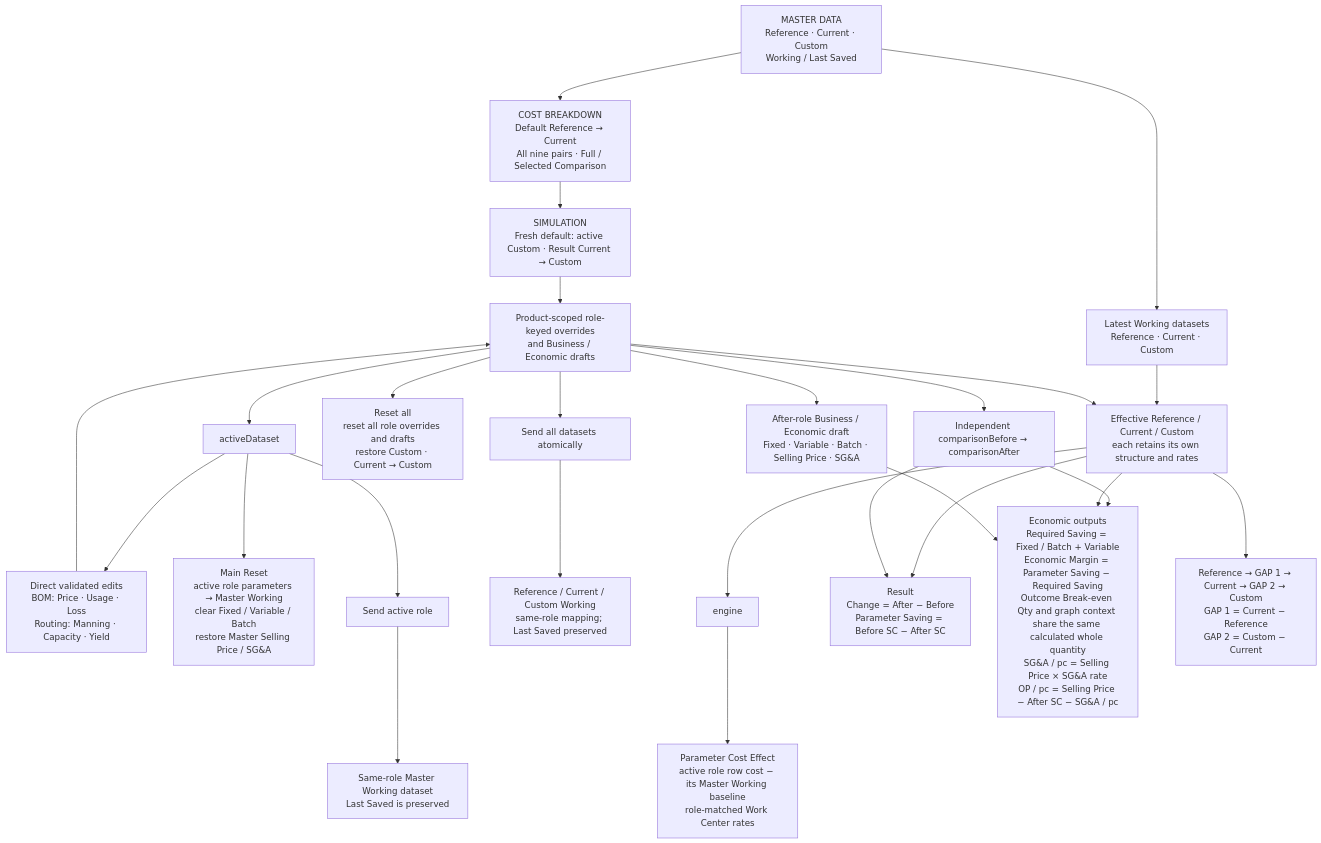
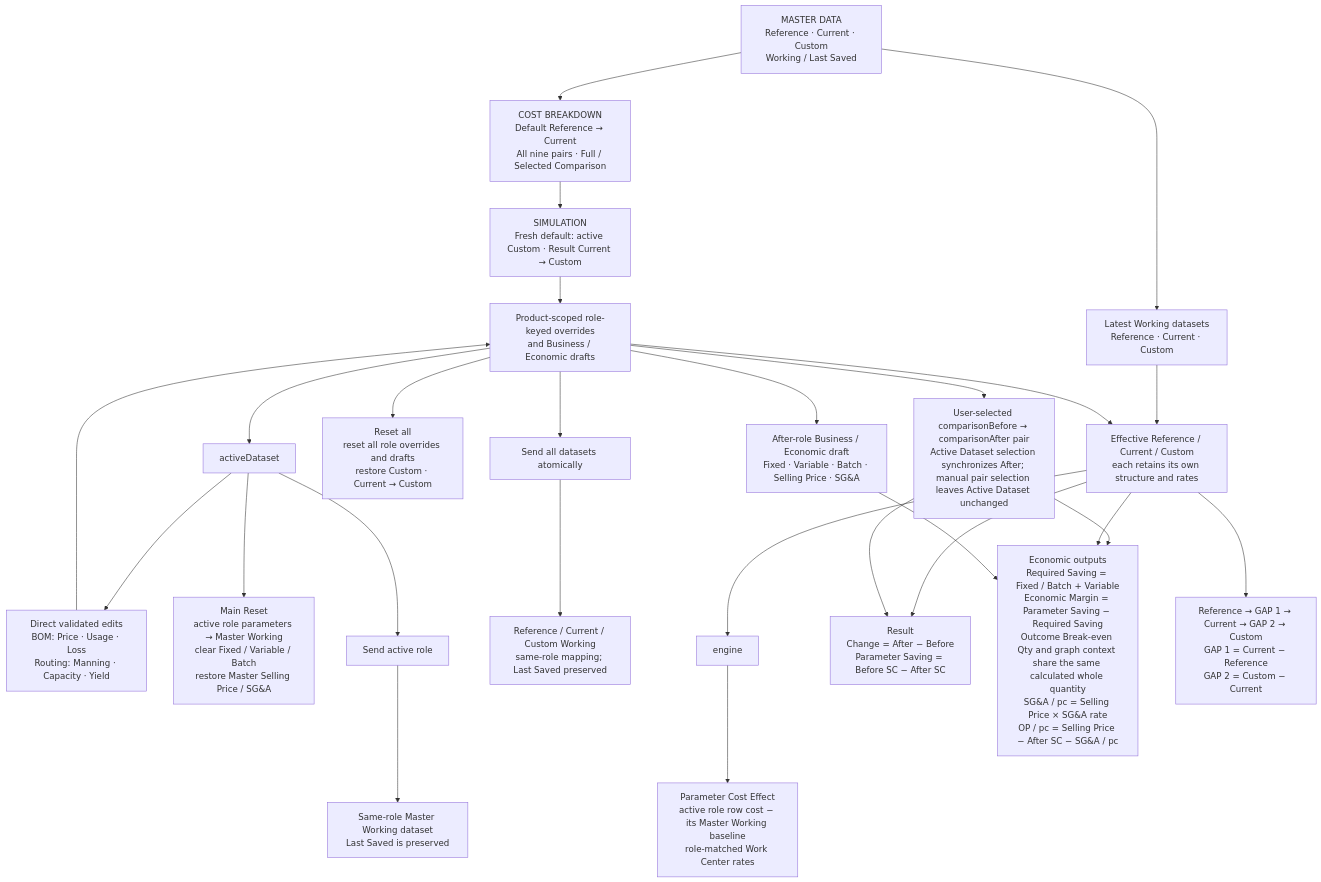
The diagram in docs/SYSTEM_LOGIC_DIAGRAM.md (apirak-k/COSTBREAKDOWN), drawn with Mermaid before and after one commit. The commit also changed other lines of this file and 12 other files, not shown here.

Commit message:
fix(ui): sync simulation result after with active dataset

````diff
--- a/docs/SYSTEM_LOGIC_DIAGRAM.md
+++ b/docs/SYSTEM_LOGIC_DIAGRAM.md
@@ -37,33 +37,33 @@
 ```mermaid
 flowchart TD
     master["MASTER DATA<br/>Reference · Current · Custom<br/>Working / Last Saved"] --> cbd["COST BREAKDOWN<br/>Default Reference → Current<br/>All nine pairs · Full / Selected Comparison"]
     cbd --> sim["SIMULATION<br/>Fresh default: active Custom · Result Current → Custom"]
 
     master --> working["Latest Working datasets<br/>Reference · Current · Custom"]
     sim --> workspace["Product-scoped role-keyed overrides<br/>and Business / Economic drafts"]
     working --> effective["Effective Reference / Current / Custom<br/>each retains its own structure and rates"]
     workspace --> effective
 
     workspace --> active["activeDataset"]
     active --> edits["Direct validated edits<br/>BOM: Price · Usage · Loss<br/>Routing: Manning · Capacity · Yield"]
     edits --> workspace
     active --> reset["Main Reset<br/>active role parameters → Master Working<br/>clear Fixed / Variable / Batch<br/>restore Master Selling Price / SG&A"]
     active --> send["Send active role"]
     send --> sameRole["Same-role Master Working dataset<br/>Last Saved is preserved"]
     workspace --> resetAll["Reset all<br/>reset all role overrides and drafts<br/>restore Custom · Current → Custom"]
     workspace --> sendAll["Send all datasets atomically"]
     sendAll --> allRoles["Reference / Current / Custom Working<br/>same-role mapping; Last Saved preserved"]
 
     effective --> engine
     engine --> effects["Parameter Cost Effect<br/>active role row cost − its Master Working baseline<br/>role-matched Work Center rates"]
 
-    workspace --> pair["Independent comparisonBefore → comparisonAfter"]
+    workspace --> pair["User-selected comparisonBefore → comparisonAfter pair<br/>Active Dataset selection synchronizes After; manual pair selection leaves Active Dataset unchanged"]
     effective --> result["Result<br/>Change = After − Before<br/>Parameter Saving = Before SC − After SC"]
     pair --> result
     workspace --> econ["After-role Business / Economic draft<br/>Fixed · Variable · Batch · Selling Price · SG&A"]
     pair --> econCalc["Economic outputs<br/>Required Saving = Fixed / Batch + Variable<br/>Economic Margin = Parameter Saving − Required Saving<br/>Outcome Break-even Qty and graph context share the same calculated whole quantity<br/>SG&A / pc = Selling Price × SG&A rate<br/>OP / pc = Selling Price − After SC − SG&A / pc"]
     effective --> econCalc
     econ --> econCalc
 
     effective --> story["Reference → GAP 1 → Current → GAP 2 → Custom<br/>GAP 1 = Current − Reference<br/>GAP 2 = Custom − Current"]
 ```
````
